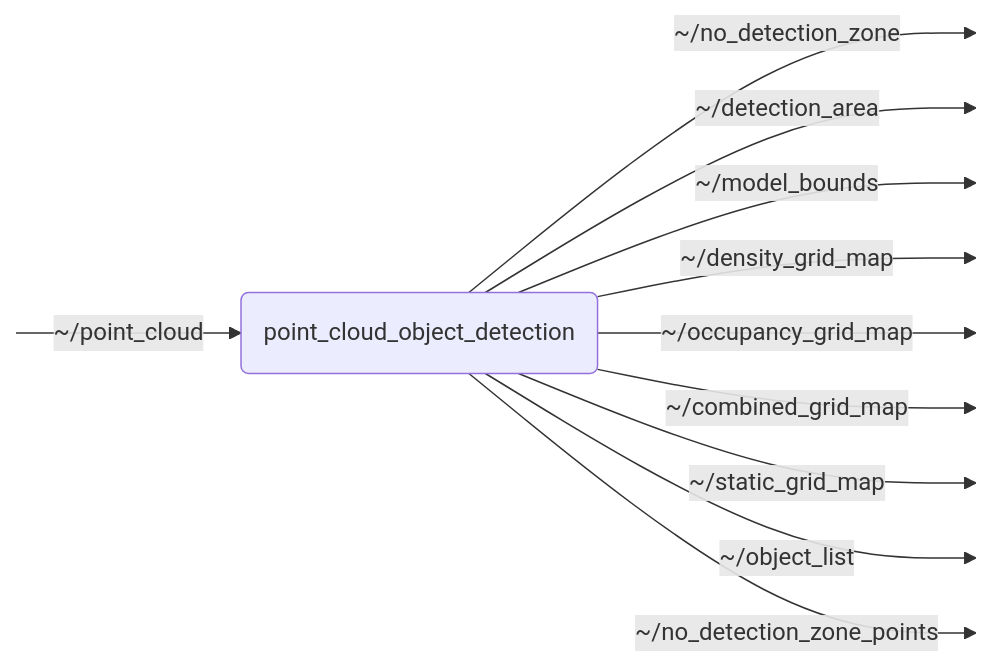
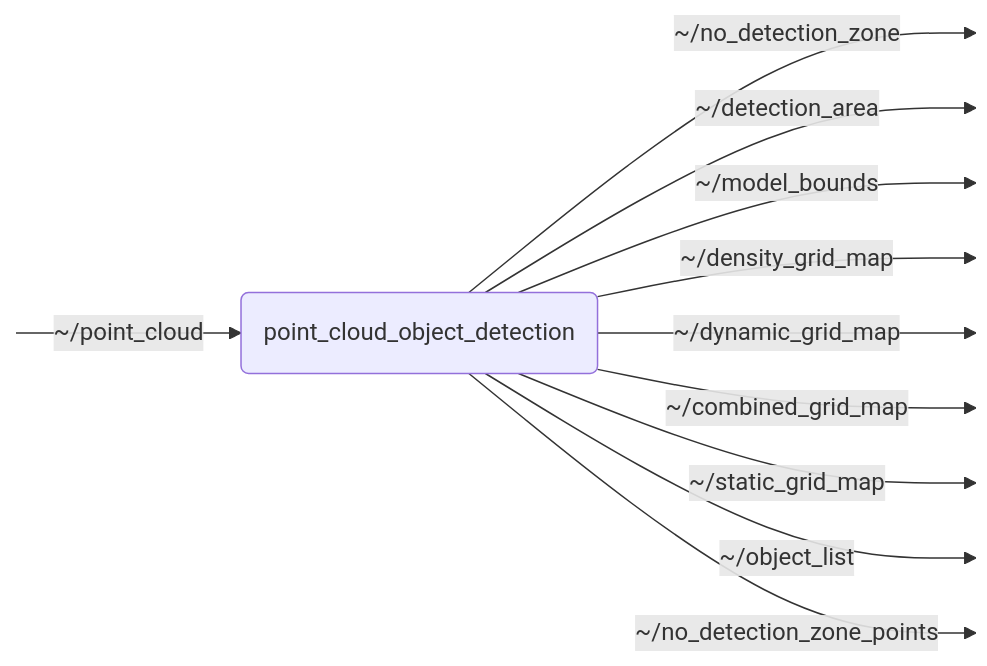
One commit to openads-project/point_cloud_object_detection changed the diagram in point_cloud_object_detection/README.md. Above: the diagram before and after it, drawn with Mermaid. The commit also changed other lines of this file and 16 other files, not shown here.

Commit message:
rename to dynamic_grid_map

````diff
--- a/point_cloud_object_detection/README.md
+++ b/point_cloud_object_detection/README.md
@@ -21,15 +22,15 @@
 ```mermaid
 flowchart LR
     NODE("point_cloud_object_detection")
     S0:::hidden -->|~/point_cloud| NODE
     NODE -->|~/no_detection_zone| P0:::hidden
     NODE -->|~/detection_area| P1:::hidden
     NODE -->|~/model_bounds| P2:::hidden
     NODE -->|~/density_grid_map| P3:::hidden
-    NODE -->|~/occupancy_grid_map| P4:::hidden
+    NODE -->|~/dynamic_grid_map| P4:::hidden
     NODE -->|~/combined_grid_map| P5:::hidden
     NODE -->|~/static_grid_map| P6:::hidden
     NODE -->|~/object_list| P7:::hidden
     NODE -->|~/no_detection_zone_points| P8:::hidden
     classDef hidden display: none;
 ```
````
